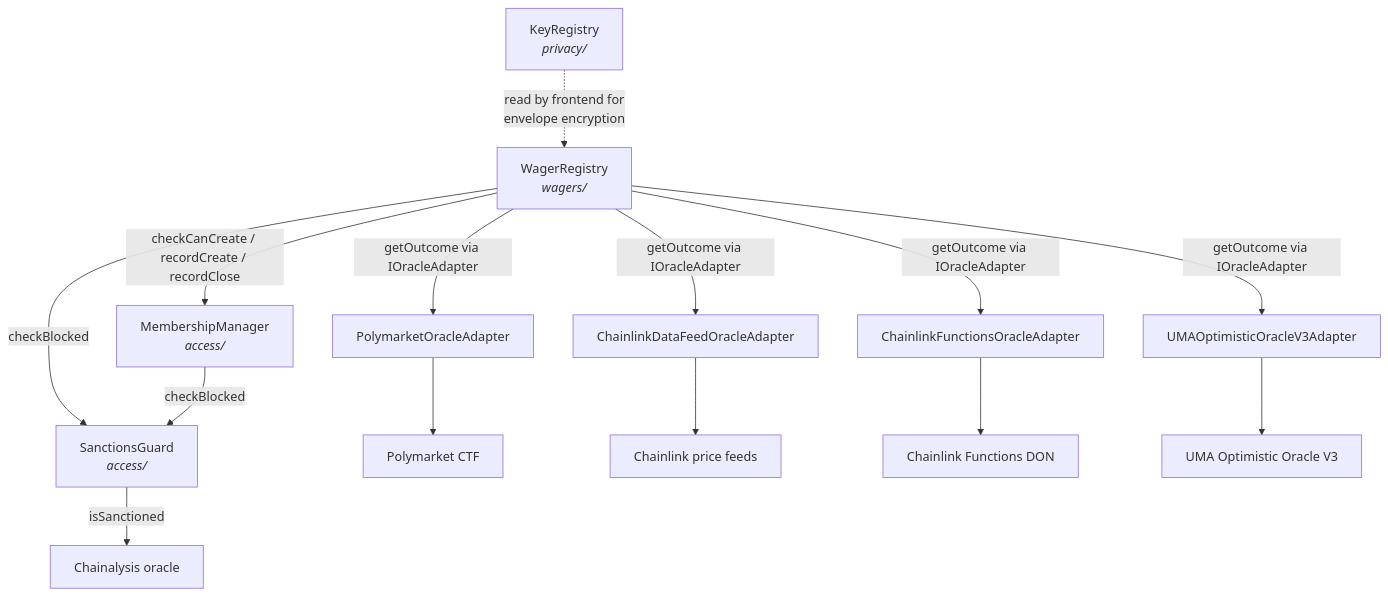
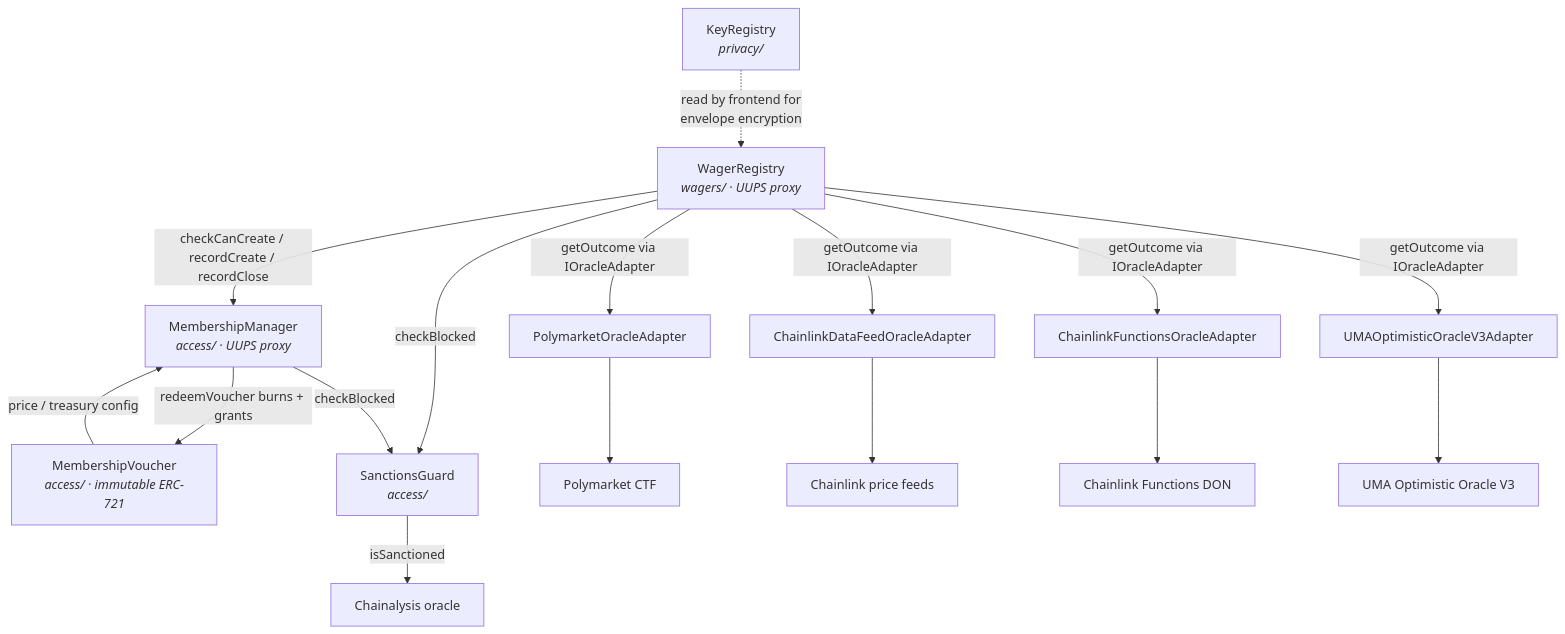
Before and after one commit to chippr-robotics/prediction-dao-research: the first of 3 diagrams in docs/developer-guide/smart-contracts.md, drawn with Mermaid. The commit also changed other lines of this file and 22 other files, not shown here.

````diff
--- a/docs/developer-guide/smart-contracts.md
+++ b/docs/developer-guide/smart-contracts.md
@@ -9,22 +9,25 @@
 ```mermaid
 graph TD
-    WR[WagerRegistry<br/><i>wagers/</i>]
-    MM[MembershipManager<br/><i>access/</i>]
+    WR[WagerRegistry<br/><i>wagers/ · UUPS proxy</i>]
+    MM[MembershipManager<br/><i>access/ · UUPS proxy</i>]
+    MV[MembershipVoucher<br/><i>access/ · immutable ERC-721</i>]
     SG[SanctionsGuard<br/><i>access/</i>]
     KR[KeyRegistry<br/><i>privacy/</i>]
     PA[PolymarketOracleAdapter]
     CDF[ChainlinkDataFeedOracleAdapter]
     CFN[ChainlinkFunctionsOracleAdapter]
     UMAA[UMAOptimisticOracleV3Adapter]
 
     WR -->|checkCanCreate / recordCreate / recordClose| MM
     WR -->|checkBlocked| SG
     WR -->|getOutcome via IOracleAdapter| PA & CDF & CFN & UMAA
     MM -->|checkBlocked| SG
+    MM -->|redeemVoucher burns + grants| MV
+    MV -->|price / treasury config| MM
     SG -->|isSanctioned| CHA[Chainalysis oracle]
     PA --> PM[Polymarket CTF]
     CDF --> FEED[Chainlink price feeds]
     CFN --> DON[Chainlink Functions DON]
     UMAA --> OO[UMA Optimistic Oracle V3]
     KR -.read by frontend for<br/>envelope encryption.-> WR
 ```
````
